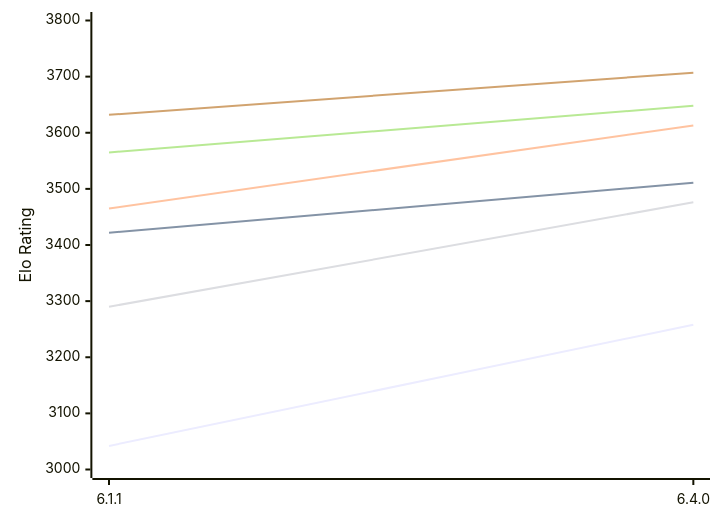
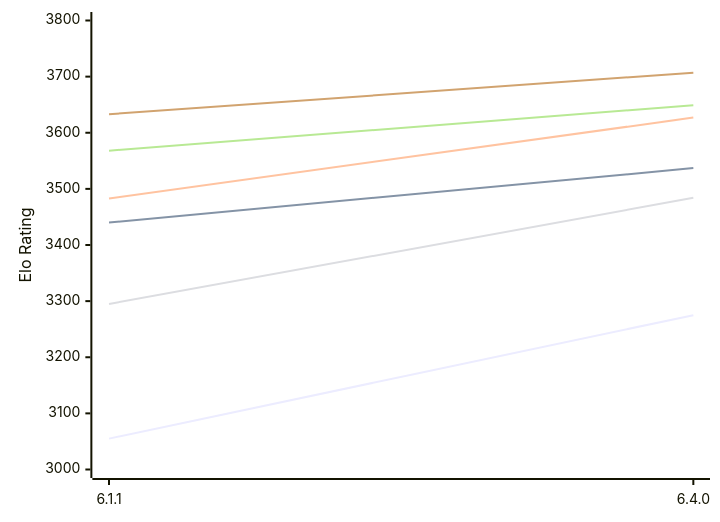
One commit to computer-chess-index/cci changed the first of 2 diagrams in engines/Zigqueen.md. Above: the diagram before and after it, drawn with Mermaid. The commit also changed other lines of this file, not shown here.

Commit message:
Update CCI Ratings (ELO VLTC) - 2026-10-22

````diff
--- a/engines/Zigqueen.md
+++ b/engines/Zigqueen.md
@@ -53,12 +53,12 @@
 ```mermaid
 %%{init: {"theme":"base","themeVariables":{"seriesColors:['#a3a3a3','#222221','#faa371']}}}%%
 xychart-beta
   x-axis ["6.1.1", "6.4.0"]
   y-axis "Elo Rating" 3000 --> 3800
-  line "E1: STC (8.0+0.08s)" [3042, 3258]
-  line "E1: LTC (60.0+0.60s)" [3422, 3511]
-  line "E1: VLTC (2m24s+1.12s)" [3465, 3613]
-  line "P1: STC (8.0+0.08s)" [3290, 3476]
-  line "P1: LTC (60.0+0.60s)" [3565, 3648]
-  line "P1: VLTC (2m24s+1.12s)" [3632, 3707]
+  line "E1: STC (8.0+0.08s)" [3055, 3275]
+  line "E1: LTC (60.0+0.60s)" [3440, 3537]
+  line "E1: VLTC (2m24s+1.12s)" [3483, 3627]
+  line "P1: STC (8.0+0.08s)" [3295, 3484]
+  line "P1: LTC (60.0+0.60s)" [3568, 3649]
+  line "P1: VLTC (2m24s+1.12s)" [3633, 3707]
 ```
````
